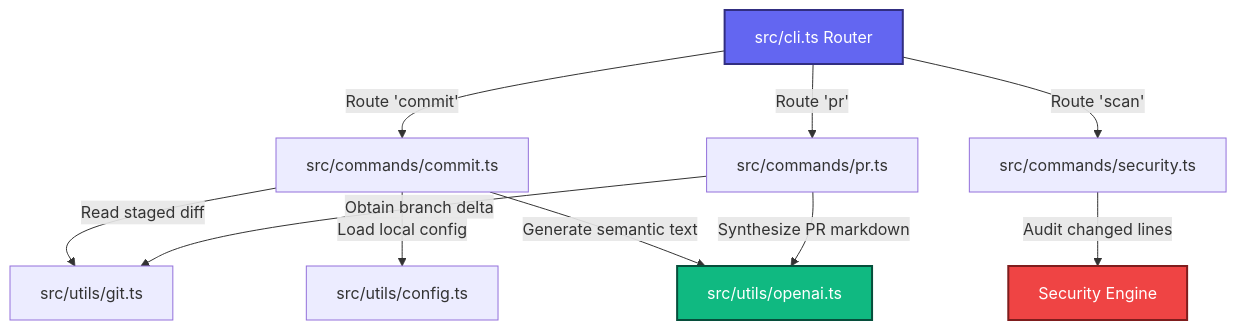
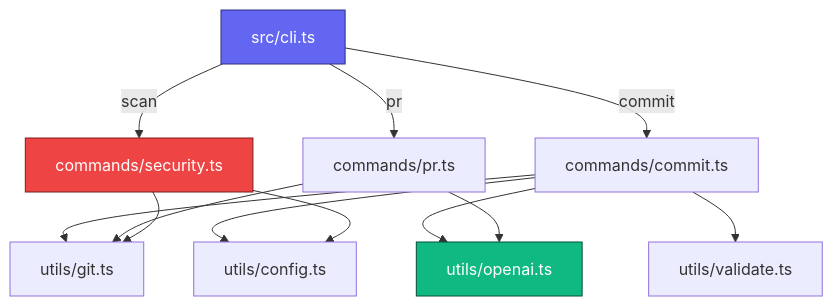
One commit to fuko2935/gitglow changed the diagram in README.md. Above: the diagram before and after it, drawn with Mermaid. The commit also changed other lines of this file and 22 other files, not shown here.

Commit message:
feat: full audit remediation - security, AI, tests, docs, packaging

````diff
--- a/README.md
+++ b/README.md
@@ -37,19 +41,21 @@
 ```mermaid
 graph TD
-    CLI[src/cli.ts Router] -->|Route 'commit'| CmdCommit[src/commands/commit.ts]
-    CLI -->|Route 'pr'| CmdPR[src/commands/pr.ts]
-    CLI -->|Route 'scan'| CmdScan[src/commands/security.ts]
-    
-    CmdCommit -->|Read staged diff| GitUtil[src/utils/git.ts]
-    CmdCommit -->|Load local config| ConfigUtil[src/utils/config.ts]
-    CmdCommit -->|Generate semantic text| AIUtil[src/utils/openai.ts]
-    
-    CmdPR -->|Obtain branch delta| GitUtil
-    CmdPR -->|Synthesize PR markdown| AIUtil
-    
-    CmdScan -->|Audit changed lines| SecUtil[Security Engine]
-    
-    style CLI fill:#6366f1,stroke:#312e81,stroke-width:2px,color:#fff
-    style AIUtil fill:#10b981,stroke:#064e3b,stroke-width:2px,color:#fff
-    style SecUtil fill:#ef4444,stroke:#7f1d1d,stroke-width:2px,color:#fff
+    CLI[src/cli.ts] -->|commit| CmdCommit[commands/commit.ts]
+    CLI -->|pr| CmdPR[commands/pr.ts]
+    CLI -->|scan| CmdScan[commands/security.ts]
+
+    CmdCommit --> GitUtil[utils/git.ts]
+    CmdCommit --> ConfigUtil[utils/config.ts]
+    CmdCommit --> AIUtil[utils/openai.ts]
+    CmdCommit --> ValidateUtil[utils/validate.ts]
+
+    CmdPR --> GitUtil
+    CmdPR --> AIUtil
+
+    CmdScan --> GitUtil
+    CmdScan --> ConfigUtil
+
+    style CLI fill:#6366f1,stroke:#312e81,color:#fff
+    style AIUtil fill:#10b981,stroke:#064e3b,color:#fff
+    style CmdScan fill:#ef4444,stroke:#7f1d1d,color:#fff
 ```
````
